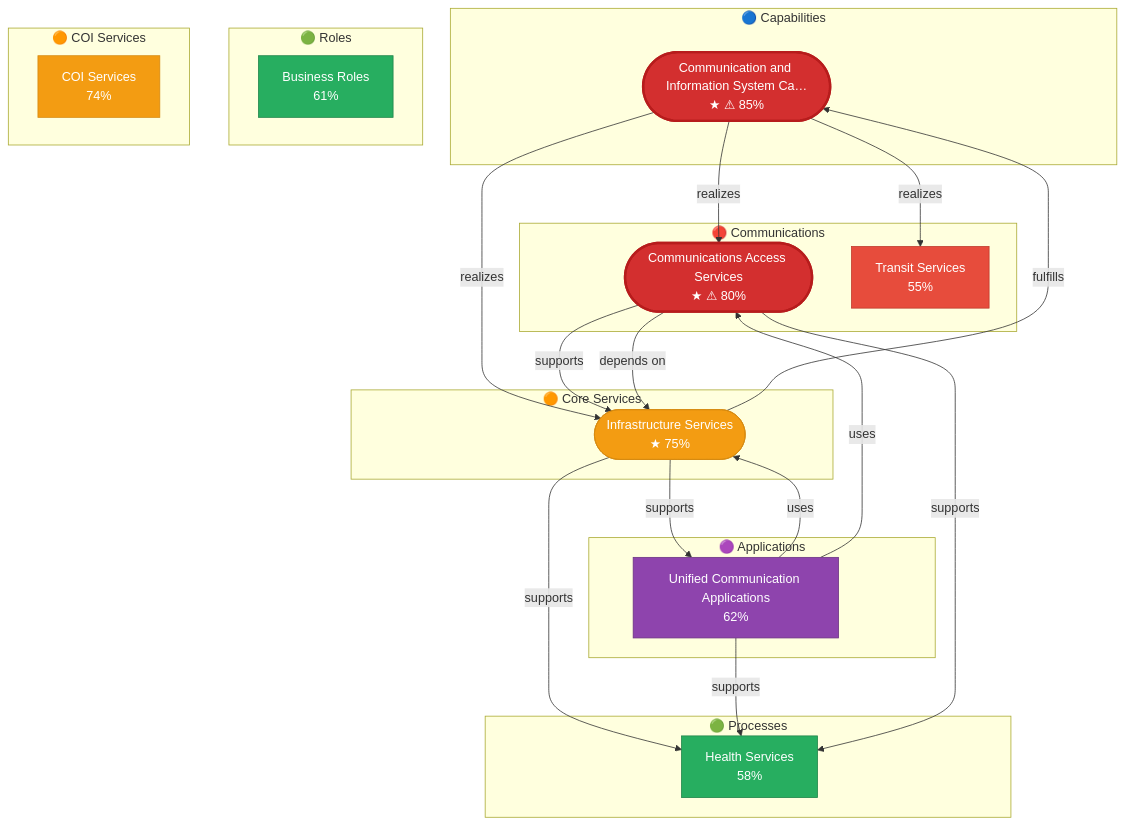
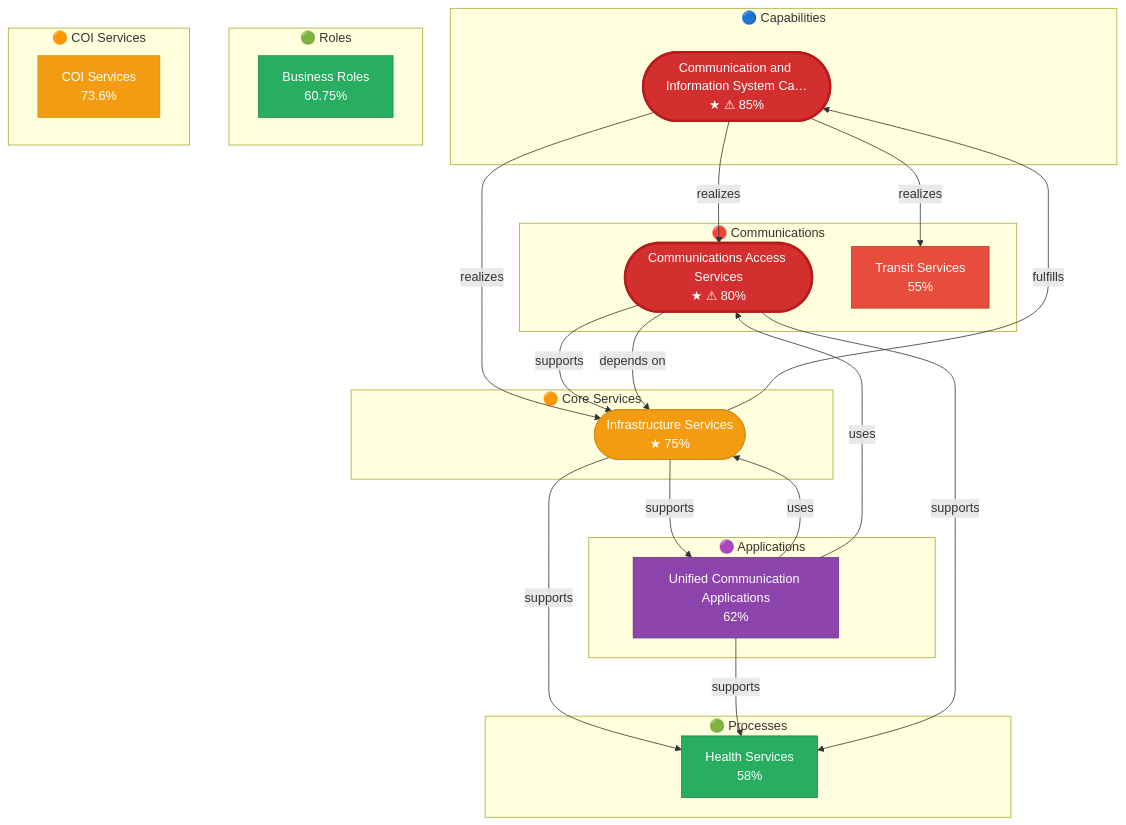
Before and after one commit to carstenartur/Taxonomy: the second of 3 diagrams in README.md, drawn with Mermaid. The commit also changed 290 other files, not shown here.

````diff
--- a/README.md
+++ b/README.md
@@ -97,55 +97,55 @@
 ```mermaid
 flowchart TD
     subgraph Capabilities["🔵 Capabilities"]
         CP_1023(["Communication and Information System Ca…<br/>★ ⚠ 85%"])
     end
     subgraph Business_Roles["🟢 Roles"]
-        BR["Business Roles<br/>61%"]
+        BR["Business Roles<br/>60.75%"]
     end
     subgraph Business_Processes["🟢 Processes"]
         BP_1490["Health Services<br/>58%"]
     end
     subgraph Core_Services["🟠 Core Services"]
         CR_1047(["Infrastructure Services<br/>★ 75%"])
     end
     subgraph COI_Services["🟠 COI Services"]
-        CI["COI Services<br/>74%"]
+        CI["COI Services<br/>73.6%"]
     end
     subgraph User_Applications["🟣 Applications"]
         UA_1574["Unified Communication Applications<br/>62%"]
     end
     subgraph Communications_Services["🔴 Communications"]
         CO_1011(["Communications Access Services<br/>★ ⚠ 80%"])
         CO_1050["Transit Services<br/>55%"]
     end
     CP_1023 -->|realizes| CO_1011
     CP_1023 -->|realizes| CR_1047
     CO_1011 -->|supports| CR_1047
     CR_1047 -->|fulfills| CP_1023
     CO_1011 -->|depends on| CR_1047
     CR_1047 -->|supports| UA_1574
     UA_1574 -->|uses| CR_1047
     UA_1574 -->|uses| CO_1011
     CR_1047 -->|supports| BP_1490
     UA_1574 -->|supports| BP_1490
     CO_1011 -->|supports| BP_1490
     CP_1023 -->|realizes| CO_1050
     classDef cap fill:#4A90D9,color:#fff,stroke:#2171B5
     classDef proc fill:#27AE60,color:#fff,stroke:#1E8449
     classDef role fill:#27AE60,color:#fff,stroke:#1E8449
     classDef svc fill:#F39C12,color:#fff,stroke:#D68910
     classDef app fill:#8E44AD,color:#fff,stroke:#6C3483
     classDef info fill:#3498DB,color:#fff,stroke:#2980B9
     classDef comm fill:#E74C3C,color:#fff,stroke:#C0392B
     classDef hotspot fill:#D32F2F,color:#fff,stroke:#B71C1C,stroke-width:3px
     class CP_1023 cap
     class CP_1023 hotspot
     class BR role
     class BP_1490 proc
     class CR_1047 svc
     class CI svc
     class UA_1574 app
     class CO_1011 comm
     class CO_1011 hotspot
     class CO_1050 comm
 ```
````
